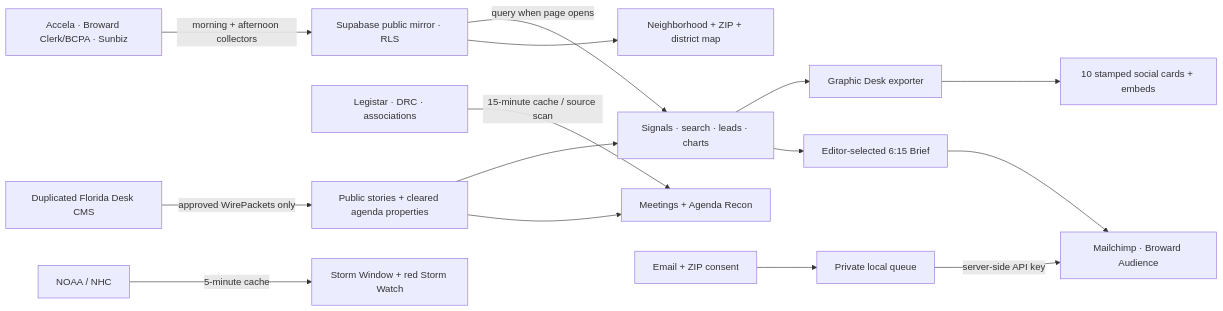
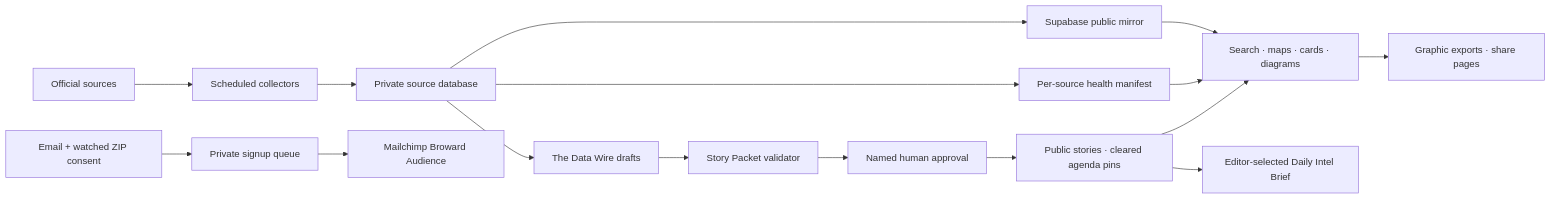
One commit to grahamandgold/florida-signal-site changed the diagram in FLORIDA_SIGNAL_BUILD_REPORT.md. Above: the diagram before and after it, drawn with Mermaid. The commit also changed other lines of this file and 56 other files, not shown here.

Commit message:
Complete Florida Signal CMS, live-data health, and launch kit

````diff
--- a/FLORIDA_SIGNAL_BUILD_REPORT.md
+++ b/FLORIDA_SIGNAL_BUILD_REPORT.md
@@ -31,20 +31,20 @@
 ```mermaid
 flowchart LR
-  A["Accela · Broward Clerk/BCPA · Sunbiz"] -->|"morning + afternoon collectors"| B["Supabase public mirror · RLS"]
-  B -->|"query when page opens"| C["Signals · search · leads · charts"]
-  B --> D["Neighborhood + ZIP + district map"]
+  A["Official sources"] --> B["Scheduled collectors"]
+  B --> C["Private source database"]
+  C --> D["Supabase public mirror"]
+  C --> E["Per-source health manifest"]
+  D --> F["Search · maps · cards · diagrams"]
+  E --> F
 
-  E["Legistar · DRC · associations"] -->|"15-minute cache / source scan"| F["Meetings + Agenda Recon"]
-  G["NOAA / NHC"] -->|"5-minute cache"| H["Storm Window + red Storm Watch"]
-
-  I["Duplicated Florida Desk CMS"] -->|"approved WirePackets only"| J["Public stories + cleared agenda properties"]
-  J --> C
+  C --> G["The Data Wire drafts"]
+  G --> H["Story Packet validator"]
+  H --> I["Named human approval"]
+  I --> J["Public stories · cleared agenda pins"]
   J --> F
 
-  C --> K["Graphic Desk exporter"]
-  K --> L["10 stamped social cards + embeds"]
-  C --> M["Editor-selected 6:15 Brief"]
-  N["Email + ZIP consent"] --> O["Private local queue"]
-  O -->|"server-side API key"| P["Mailchimp · Broward Audience"]
-  M --> P
+  F --> K["Graphic exports · share pages"]
+  J --> L["Editor-selected Daily Intel Brief"]
+  M["Email + watched ZIP consent"] --> N["Private signup queue"]
+  N --> O["Mailchimp Broward Audience"]
 ```
````
